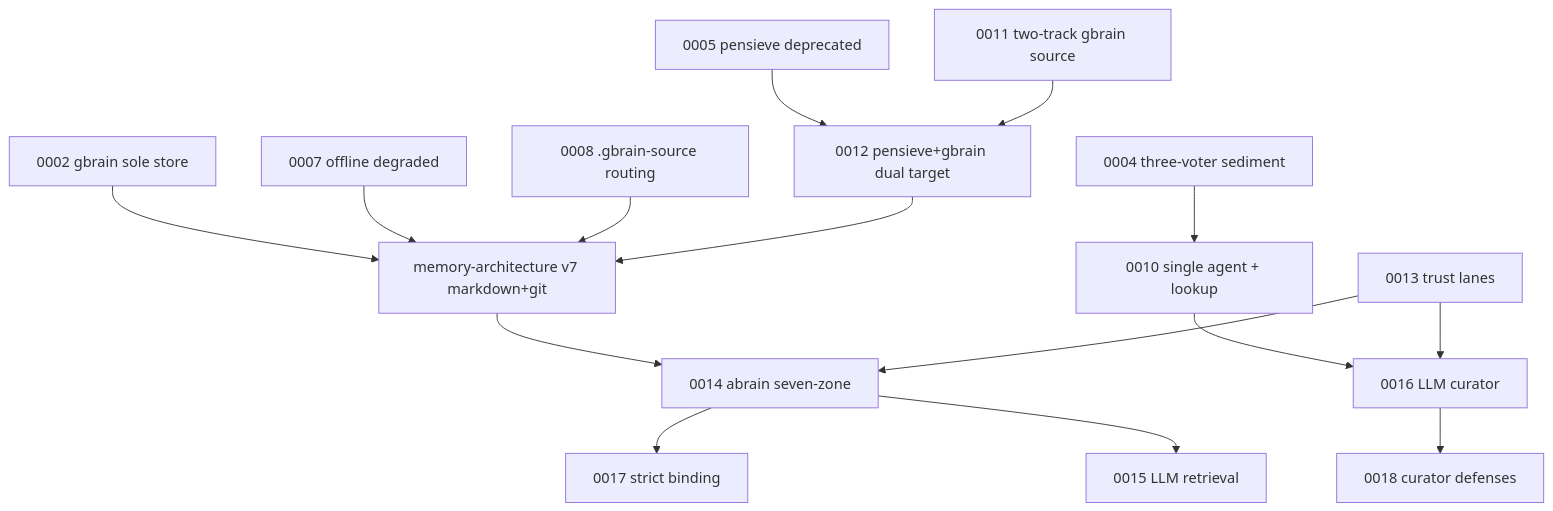
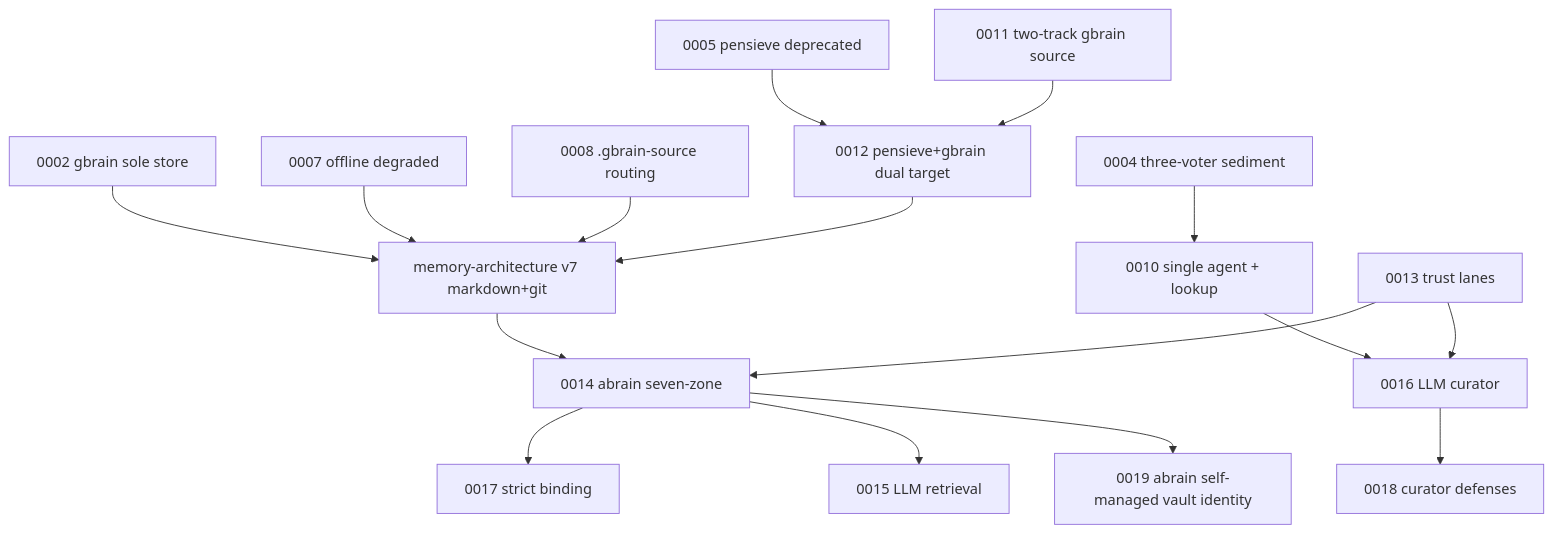
Before and after one commit to alfadb/pi-stack: the diagram in docs/adr/INDEX.md, drawn with Mermaid. The commit also changed other lines of this file and 16 other files, not shown here.

````diff
--- a/docs/adr/INDEX.md
+++ b/docs/adr/INDEX.md
@@ -44,17 +45,18 @@
 ```mermaid
 graph TD
   A0002[0002 gbrain sole store] --> MARCH[memory-architecture v7 markdown+git]
   A0005[0005 pensieve deprecated] --> A0012[0012 pensieve+gbrain dual target]
   A0007[0007 offline degraded] --> MARCH
   A0008[0008 .gbrain-source routing] --> MARCH
   A0011[0011 two-track gbrain source] --> A0012
   A0012 --> MARCH
   A0004[0004 three-voter sediment] --> A0010[0010 single agent + lookup]
   A0010 --> A0016[0016 LLM curator]
   MARCH --> A0014[0014 abrain seven-zone]
   A0013[0013 trust lanes] --> A0014
   A0013 --> A0016
   A0014 --> A0017[0017 strict binding]
   A0014 --> A0015[0015 LLM retrieval]
+  A0014 --> A0019[0019 abrain self-managed vault identity]
   A0016 --> A0018[0018 curator defenses]
 ```
````
